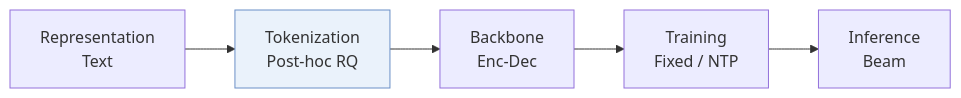
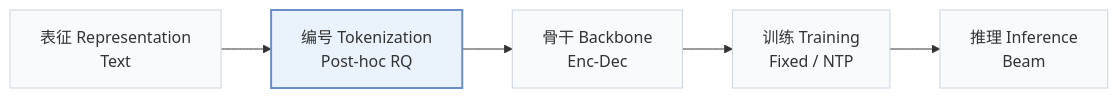
Before and after one commit to Galaxy-ghost/Awesome-SID-Generative-Rec: the first of 2 diagrams in pages/zh/papers/psi.md, drawn with Mermaid. The commit also changed other lines of this file and 649 other files, not shown here.

Commit message:
writer-05: also tags and modality index (schema, check, build, visuals); summary field removed; calibration data for 12 papers

````diff
--- a/pages/zh/papers/psi.md
+++ b/pages/zh/papers/psi.md
@@ -13,6 +15,8 @@
 ```mermaid
 flowchart LR
-    R["Representation<br/>Text"] --> T["Tokenization<br/>Post-hoc RQ"] --> B["Backbone<br/>Enc-Dec"] --> TR["Training<br/>Fixed / NTP"] --> I["Inference<br/>Beam"]
-    classDef main fill:#eaf2fb,stroke:#6b8fc7
+    R["表征 Representation<br/>Text"] --> T["编号 Tokenization<br/>Post-hoc RQ"] --> B["骨干 Backbone<br/>Enc-Dec"] --> TR["训练 Training<br/>Fixed / NTP"] --> I["推理 Inference<br/>Beam"]
+    classDef base fill:#f8fafc,stroke:#cbd5e1
+    class R,T,B,TR,I base
+    classDef main fill:#eaf2fb,stroke:#6b8fc7,stroke-width:2px
     class T main
 ```
````
